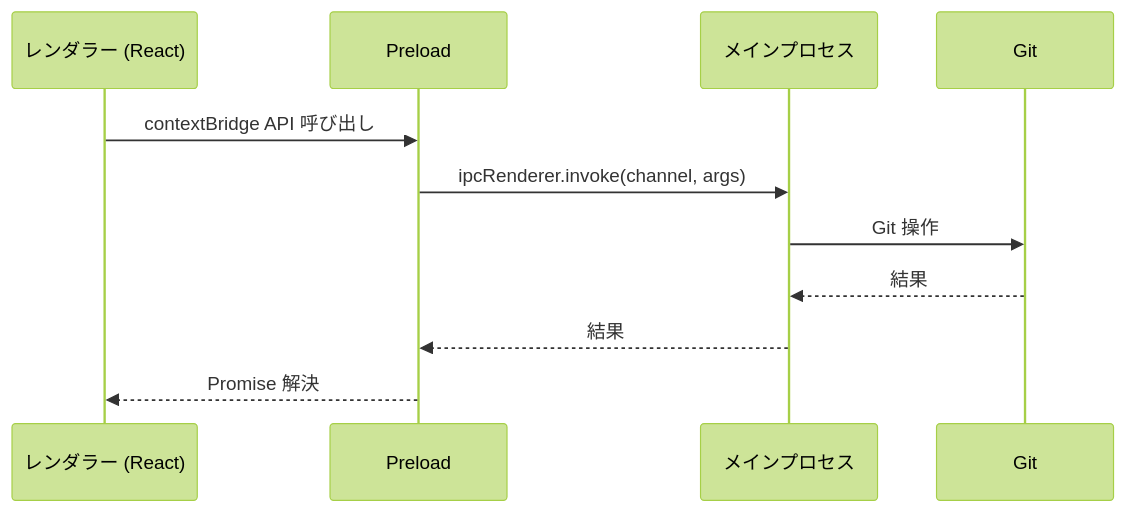
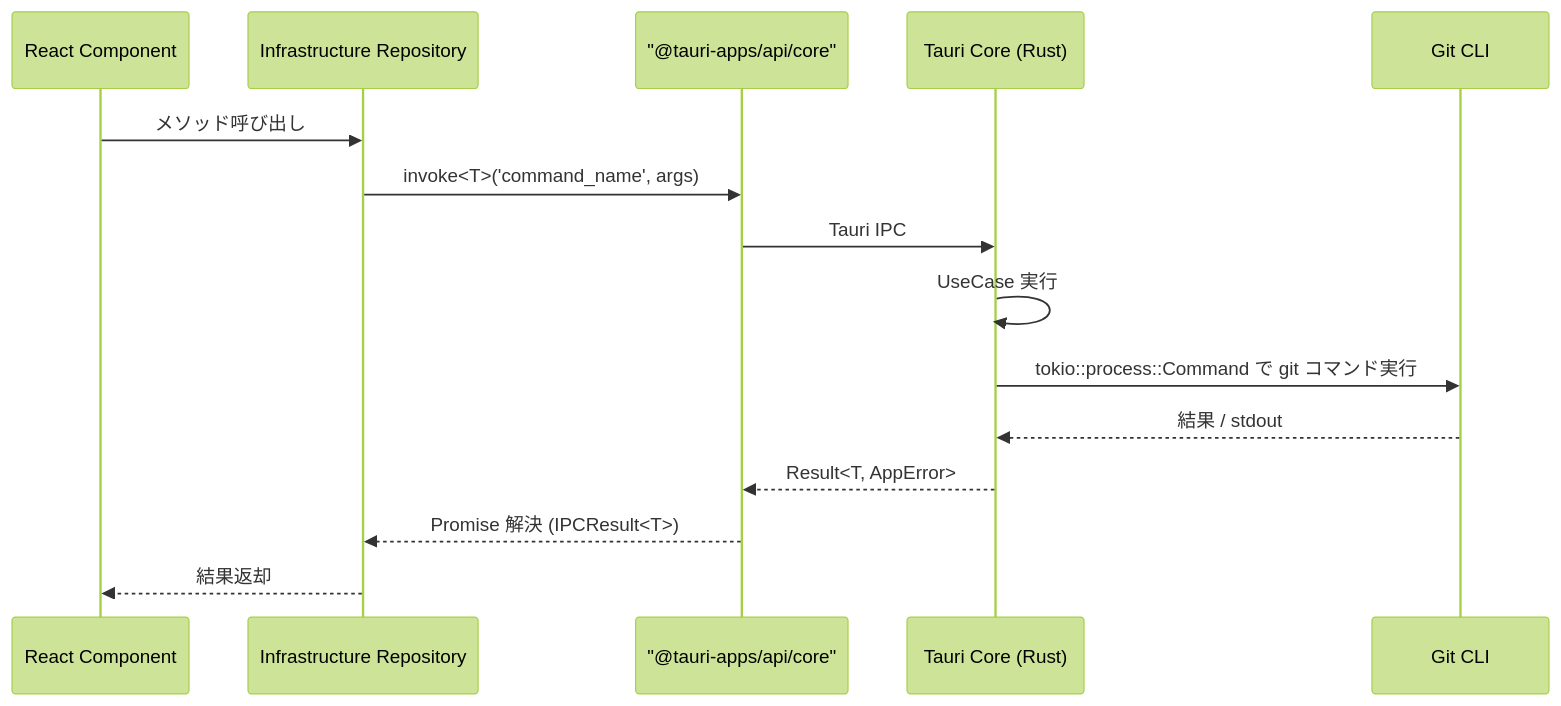
Before and after one commit to ToshikiImagawa/Buruma: the diagram in .sdd/SPECIFICATION_TEMPLATE.md, drawn with Mermaid (forest theme). The commit also changed other lines of this file and 2 other files, not shown here.

First line of the commit message:
[docs] SDD TEMPLATE 3 種を Tauri 版に刷新（Phase P2）

````diff
--- a/.sdd/SPECIFICATION_TEMPLATE.md
+++ b/.sdd/SPECIFICATION_TEMPLATE.md
@@ -97,14 +121,18 @@
 ```mermaid
 sequenceDiagram
-    participant Renderer as レンダラー (React)
-    participant Preload as Preload
-    participant Main as メインプロセス
-    participant Git as Git
+    participant Component as React Component
+    participant Repo as Infrastructure Repository
+    participant Invoke as "@tauri-apps/api/core"
+    participant Core as Tauri Core (Rust)
+    participant Git as Git CLI
 
-    Renderer ->> Preload: contextBridge API 呼び出し
-    Preload ->> Main: ipcRenderer.invoke(channel, args)
-    Main ->> Git: Git 操作
-    Git -->> Main: 結果
-    Main -->> Preload: 結果
-    Preload -->> Renderer: Promise 解決
+    Component ->> Repo: メソッド呼び出し
+    Repo ->> Invoke: invoke<T>('command_name', args)
+    Invoke ->> Core: Tauri IPC
+    Core ->> Core: UseCase 実行
+    Core ->> Git: tokio::process::Command で git コマンド実行
+    Git -->> Core: 結果 / stdout
+    Core -->> Invoke: Result<T, AppError>
+    Invoke -->> Repo: Promise 解決 (IPCResult<T>)
+    Repo -->> Component: 結果返却
 ```
````
